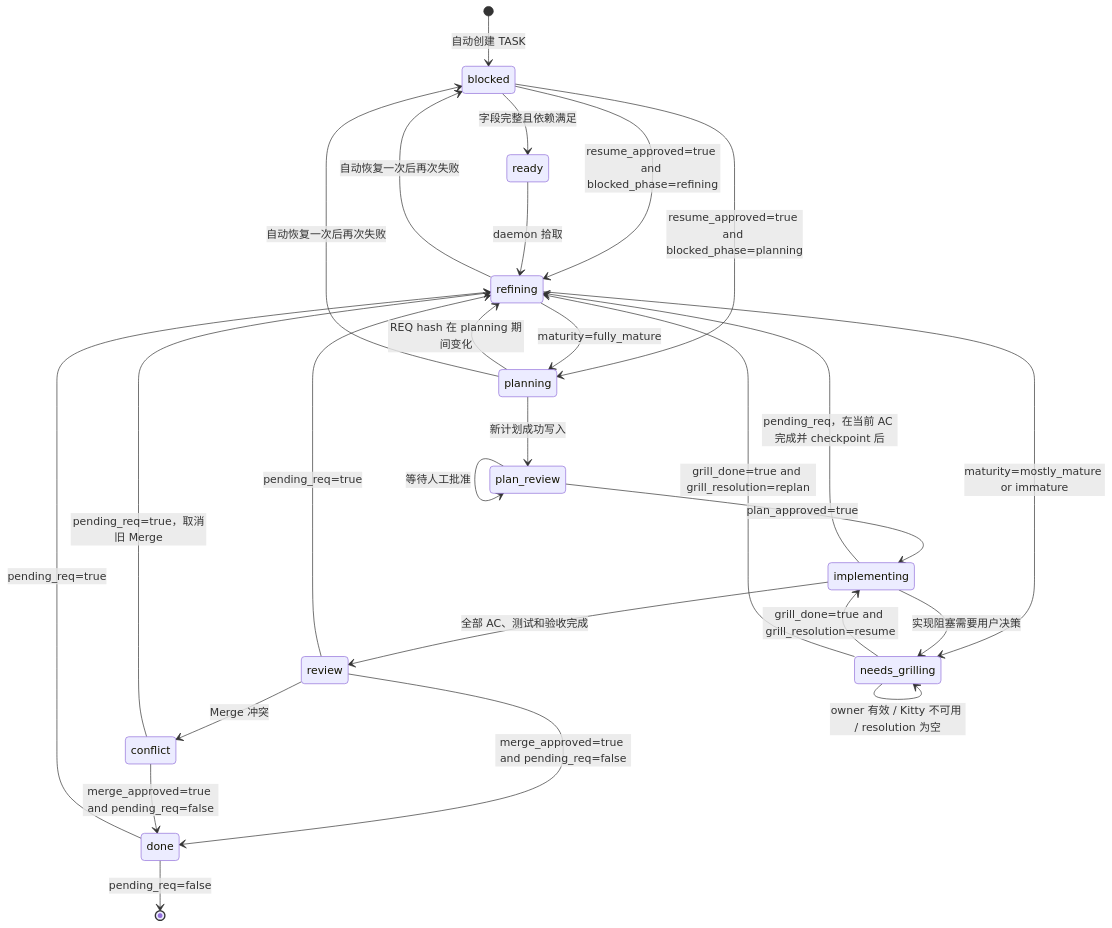
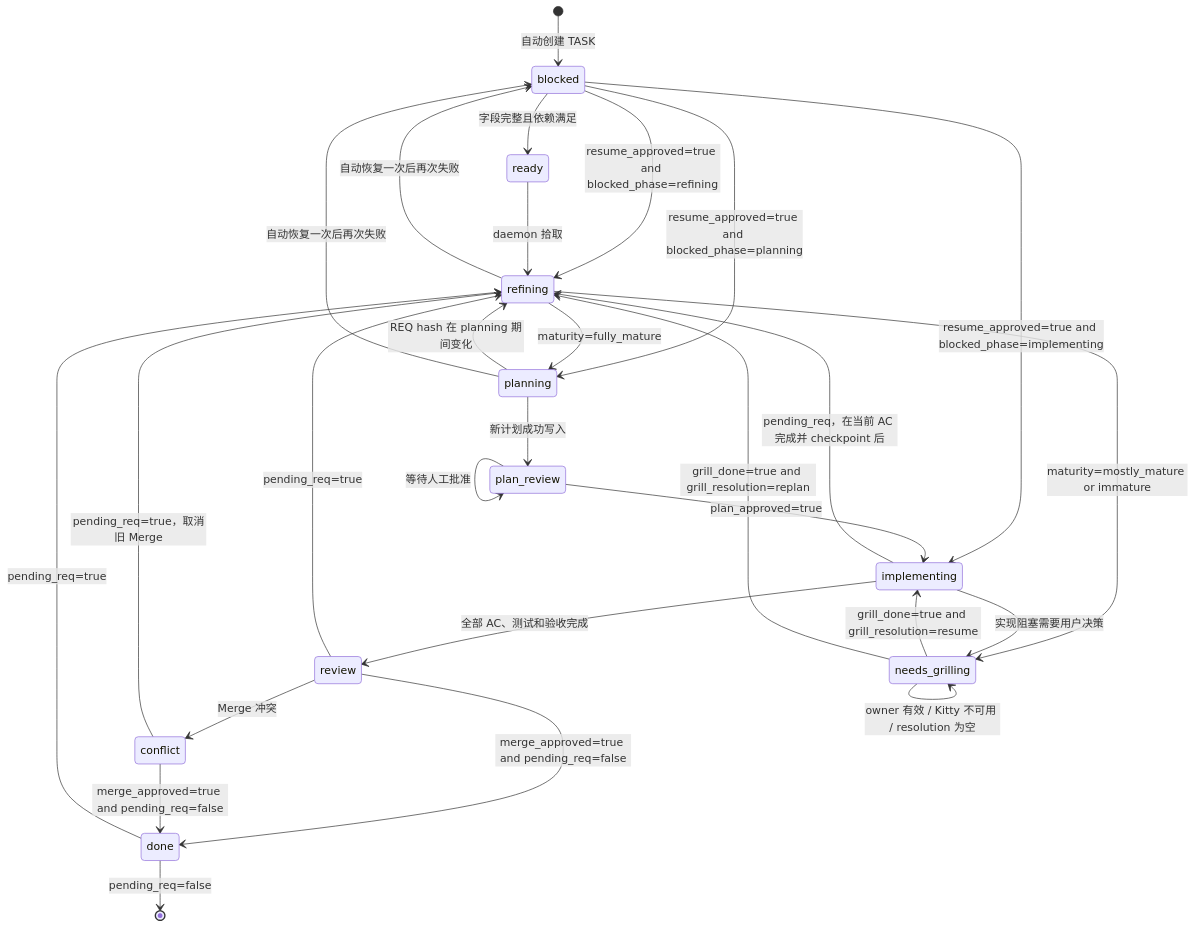
One commit to ndzuki/obsidian-task-runner changed the second of 3 diagrams in docs/workflow.md. Above: the diagram before and after it, drawn with Mermaid. The commit also changed other lines of this file and 8 other files, not shown here.

````diff
--- a/docs/workflow.md
+++ b/docs/workflow.md
@@ -72,38 +72,39 @@
 ```mermaid
 stateDiagram-v2
     [*] --> blocked: 自动创建 TASK
     blocked --> ready: 字段完整且依赖满足
     blocked --> refining: resume_approved=true and blocked_phase=refining
     blocked --> planning: resume_approved=true and blocked_phase=planning
+    blocked --> implementing: resume_approved=true and blocked_phase=implementing
 
     ready --> refining: daemon 拾取
 
     refining --> planning: maturity=fully_mature
     refining --> needs_grilling: maturity=mostly_mature or immature
     refining --> blocked: 自动恢复一次后再次失败
 
     needs_grilling --> needs_grilling: owner 有效 / Kitty 不可用 / resolution 为空
     needs_grilling --> implementing: grill_done=true and grill_resolution=resume
     needs_grilling --> refining: grill_done=true and grill_resolution=replan
 
     planning --> refining: REQ hash 在 planning 期间变化
     planning --> plan_review: 新计划成功写入
     planning --> blocked: 自动恢复一次后再次失败
 
     plan_review --> implementing: plan_approved=true
     plan_review --> plan_review: 等待人工批准
 
     implementing --> needs_grilling: 实现阻塞需要用户决策
     implementing --> refining: pending_req，在当前 AC 完成并 checkpoint 后
     implementing --> review: 全部 AC、测试和验收完成
 
     review --> refining: pending_req=true
     review --> done: merge_approved=true and pending_req=false
     review --> conflict: Merge 冲突
 
     conflict --> refining: pending_req=true，取消旧 Merge
     conflict --> done: merge_approved=true and pending_req=false
 
     done --> refining: pending_req=true
     done --> [*]: pending_req=false
 ```
````
